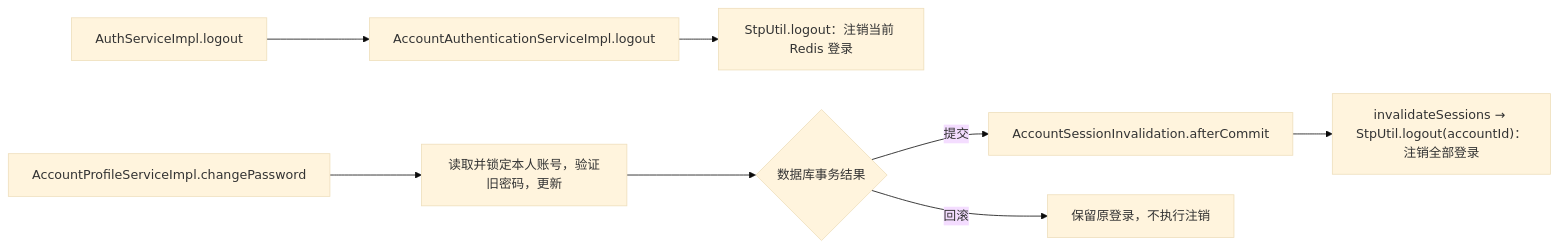
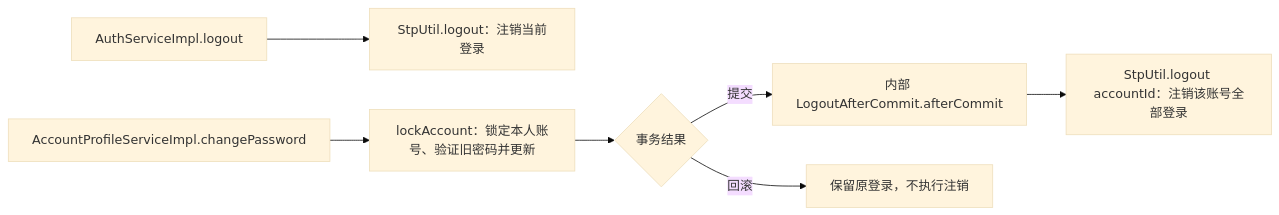
The third of 3 diagrams in resources/architecture/authentication-flow.md (WKING66/mai-s-portfolio), drawn with Mermaid (base theme) before and after one commit. The commit also changed other lines of this file and 28 other files, not shown here.

````diff
--- a/resources/architecture/authentication-flow.md
+++ b/resources/architecture/authentication-flow.md
@@ -63,10 +58,9 @@
 ```mermaid
 flowchart LR
-    A["AuthServiceImpl.logout"] --> B["AccountAuthenticationServiceImpl.logout"]
-    B --> C["StpUtil.logout：注销当前 Redis 登录"]
-    D["AccountProfileServiceImpl.changePassword"] --> E["读取并锁定本人账号，验证旧密码，更新"]
-    E --> F{"数据库事务结果"}
-    F -- 提交 --> G["AccountSessionInvalidation.afterCommit"]
-    G --> H["invalidateSessions → StpUtil.logout(accountId)：注销全部登录"]
-    F -- 回滚 --> I["保留原登录，不执行注销"]
+    A[AuthServiceImpl.logout] --> B[StpUtil.logout：注销当前登录]
+    C[AccountProfileServiceImpl.changePassword] --> D[lockAccount：锁定本人账号、验证旧密码并更新]
+    D --> E{事务结果}
+    E -- 提交 --> F[内部 LogoutAfterCommit.afterCommit]
+    F --> G[StpUtil.logout accountId：注销该账号全部登录]
+    E -- 回滚 --> H[保留原登录，不执行注销]
 ```
````
